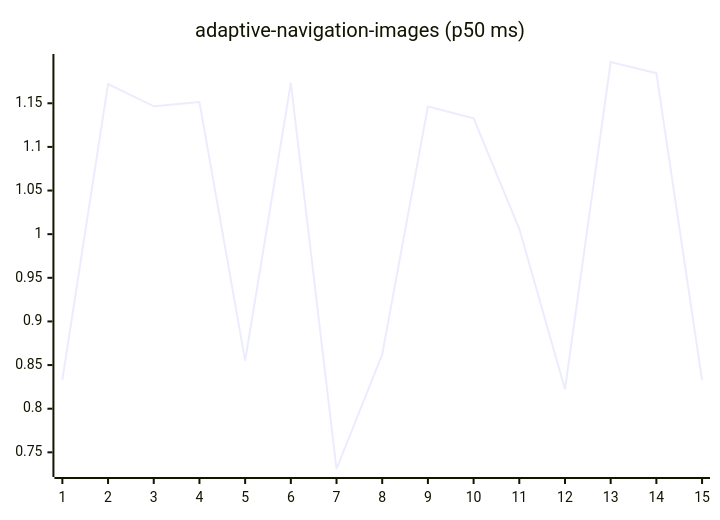
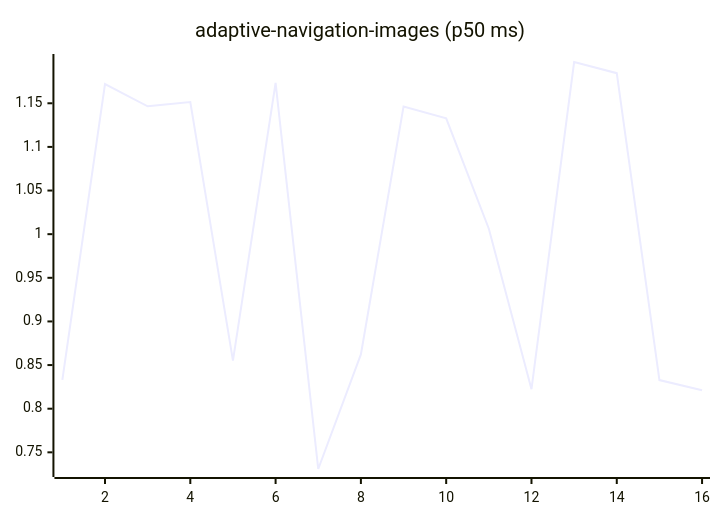
Before and after one commit to josha/Facet: the first of 27 diagrams in README.md, drawn with Mermaid. The commit also changed other lines of this file and 2 other files, not shown here.

````diff
--- a/README.md
+++ b/README.md
@@ -63,6 +63,6 @@
 ```mermaid
 xychart-beta
     title "adaptive-navigation-images (p50 ms)"
-    x-axis 1 --> 15
-    line [0.8330, 1.1721, 1.1465, 1.1515, 0.8551, 1.1733, 0.7309, 0.8622, 1.1462, 1.1328, 1.0062, 0.8224, 1.1973, 1.1845, 0.8328]
+    x-axis 1 --> 16
+    line [0.8330, 1.1721, 1.1465, 1.1515, 0.8551, 1.1733, 0.7309, 0.8622, 1.1462, 1.1328, 1.0062, 0.8224, 1.1973, 1.1845, 0.8328, 0.8211]
 ```
````
